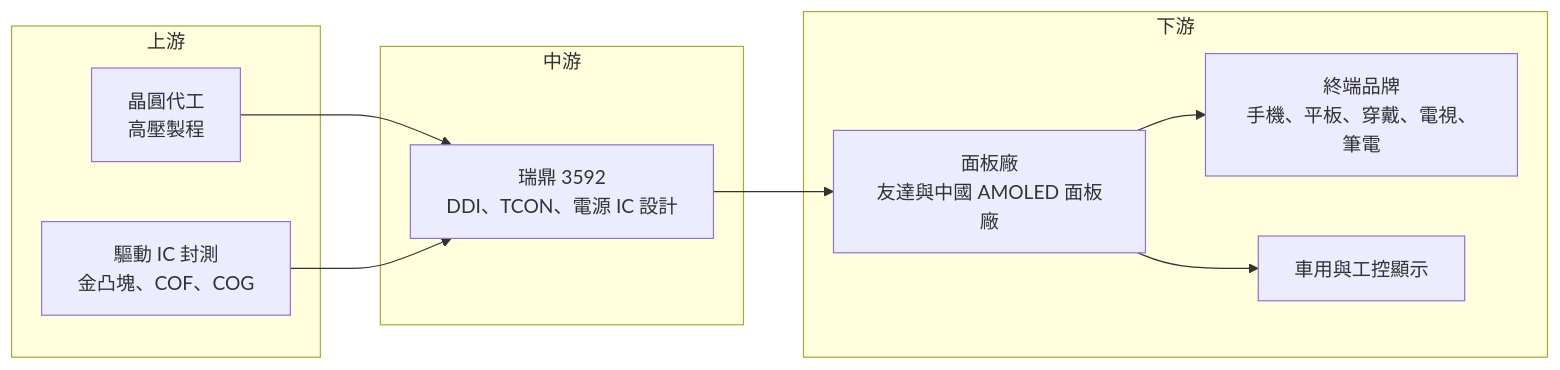
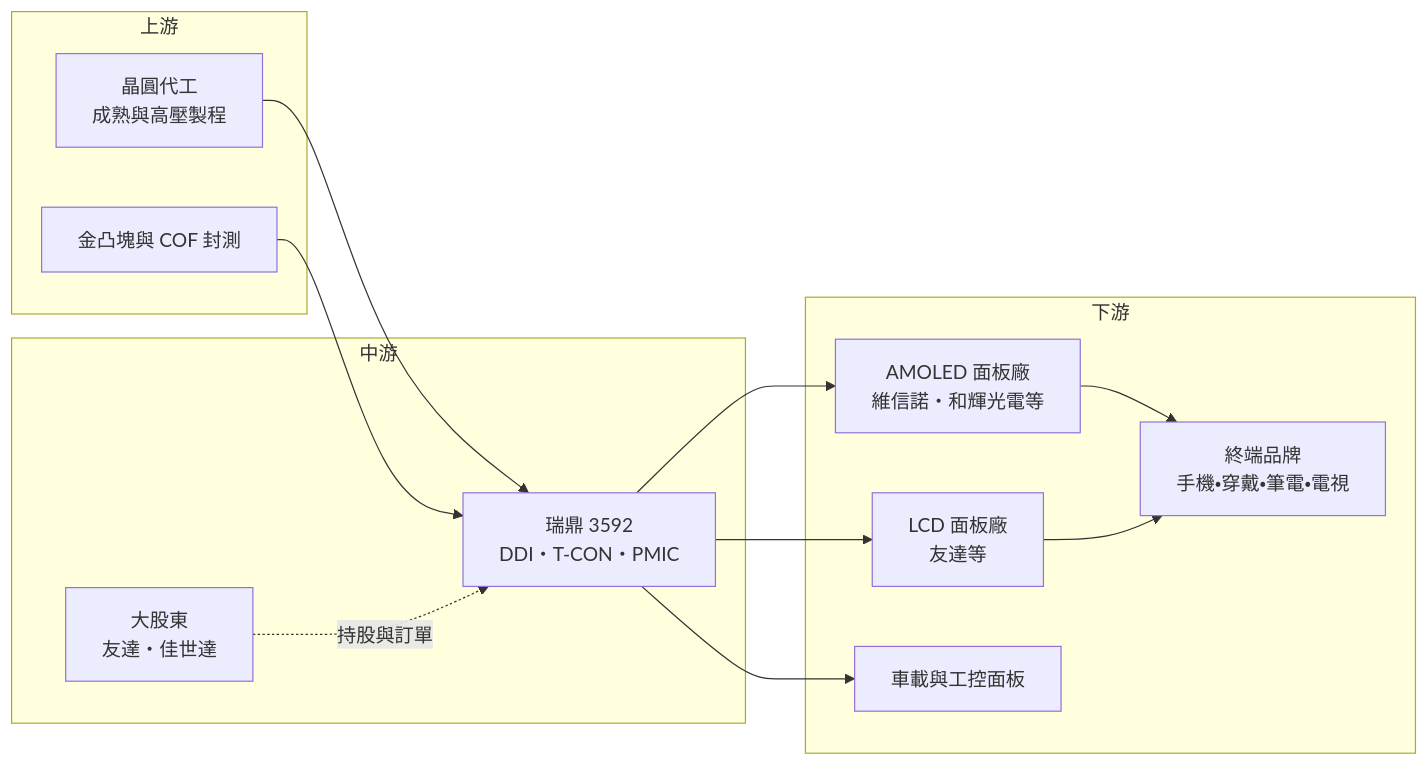
One commit to wangnick1004/taiwan-stock-vault changed the fourth of 4 diagrams in 個股/台股/3592瑞鼎.md. Above: the diagram before and after it, drawn with Mermaid. The commit also changed other lines of this file and 88 other files, not shown here.

````diff
--- a/個股/台股/3592瑞鼎.md
+++ b/個股/台股/3592瑞鼎.md
@@ -214,20 +222,25 @@
 ```mermaid
 flowchart LR
     subgraph 上游
-        A1[晶圓代工<br/>高壓製程]
-        A2["驅動 IC 封測<br/>金凸塊、COF、COG"]
+        A1["晶圓代工<br/>成熟與高壓製程"]
+        A2["金凸塊與 COF 封測"]
     end
     subgraph 中游
-        B[瑞鼎 3592<br/>DDI、TCON、電源 IC 設計]
+        B["瑞鼎 3592<br/>DDI・T-CON・PMIC"]
+        B2[大股東<br/>友達・佳世達]
     end
     subgraph 下游
-        C1[面板廠<br/>友達與中國 AMOLED 面板廠]
-        C2["終端品牌<br/>手機、平板、穿戴、電視、筆電"]
-        C3[車用與工控顯示]
+        C1[AMOLED 面板廠<br/>維信諾・和輝光電等]
+        C2[LCD 面板廠<br/>友達等]
+        C3[車載與工控面板]
+        C4[終端品牌<br/>手機・穿戴・筆電・電視]
     end
     A1 --> B
     A2 --> B
+    B2 -.持股與訂單.-> B
     B --> C1
-    C1 --> C2
-    C1 --> C3
+    B --> C2
+    B --> C3
+    C1 --> C4
+    C2 --> C4
 ```
````
